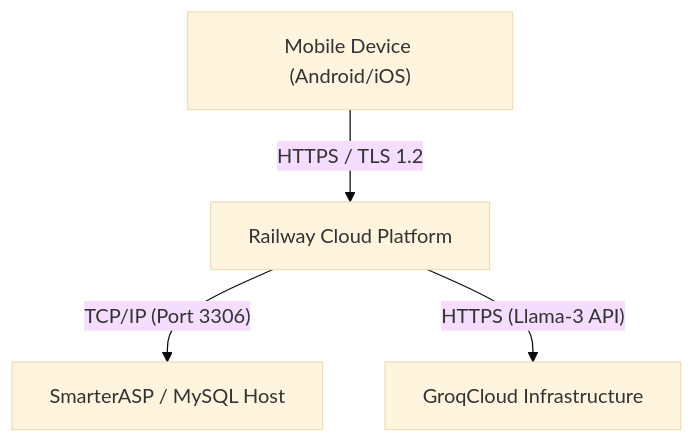
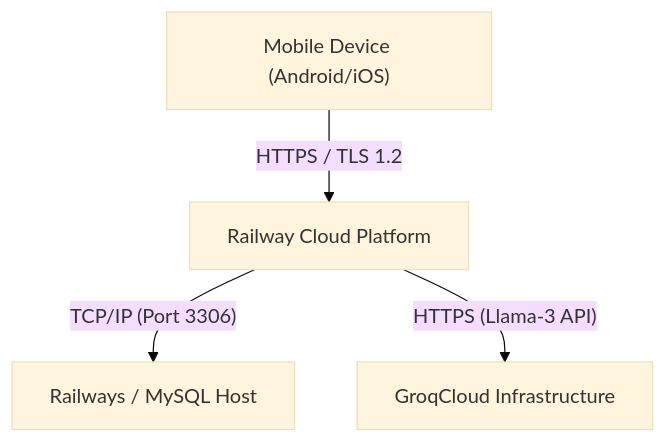
The seventh of 20 diagrams in Medi_AI_Backend_railway/thesis/Medi-AI_Thesis.md (mediaibuitems-ui/Medi-AI_B_F), drawn with Mermaid (base theme) before and after one commit.

Commit message:
docs: update deployment diagram to reflect Railways MySQL host

````diff
--- a/Medi_AI_Backend_railway/thesis/Medi-AI_Thesis.md
+++ b/Medi_AI_Backend_railway/thesis/Medi-AI_Thesis.md
@@ -755,11 +755,11 @@
 ```mermaid
 flowchart TD
     node1["Mobile Device (Android/iOS)"]
     node2["Railway Cloud Platform"]
-    node3["SmarterASP / MySQL Host"]
+    node3["Railways / MySQL Host"]
     node4["GroqCloud Infrastructure"]
 
     node1 -->|"HTTPS / TLS 1.2"| node2
     node2 -->|"TCP/IP (Port 3306)"| node3
     node2 -->|"HTTPS (Llama-3 API)"| node4
 ```
````
